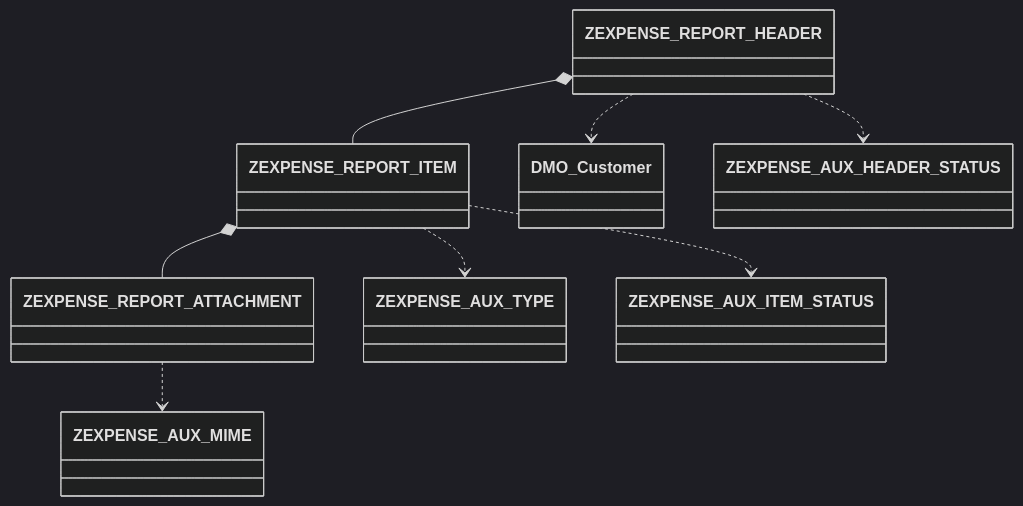
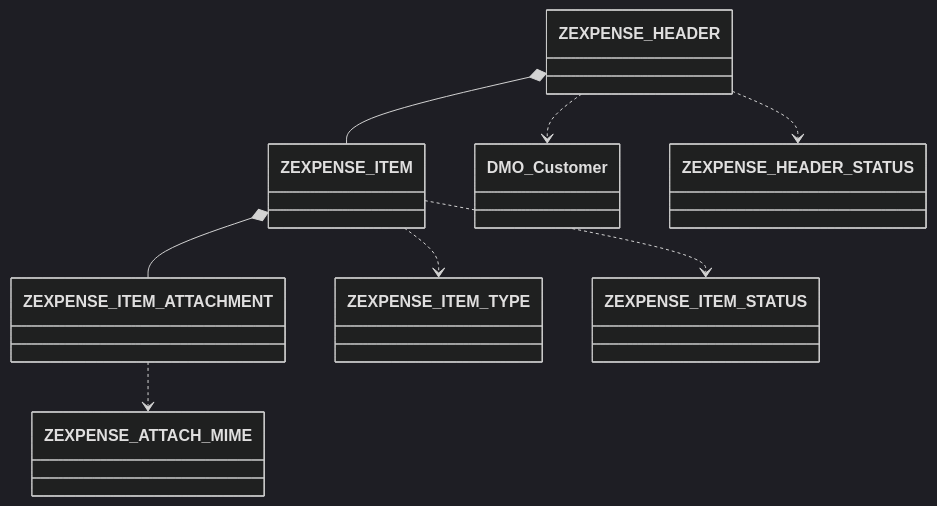
Before and after one commit to robergit88/RAP: the diagram in BTP ejercicios/14. EXPENSE APP/README.md, drawn with Mermaid (dark theme). The commit also changed other lines of this file, not shown here.

````diff
--- a/BTP ejercicios/14. EXPENSE APP/README.md
+++ b/BTP ejercicios/14. EXPENSE APP/README.md
@@ -31,11 +31,11 @@
 ```mermaid
 classDiagram
-    ZEXPENSE_REPORT_HEADER *-- ZEXPENSE_REPORT_ITEM
-    ZEXPENSE_REPORT_ITEM *-- ZEXPENSE_REPORT_ATTACHMENT
+    ZEXPENSE_HEADER *-- ZEXPENSE_ITEM
+    ZEXPENSE_ITEM *-- ZEXPENSE_ITEM_ATTACHMENT
 
-    ZEXPENSE_REPORT_HEADER ..> DMO_Customer
-    ZEXPENSE_REPORT_HEADER ..> ZEXPENSE_AUX_HEADER_STATUS
-    ZEXPENSE_REPORT_ITEM ..> ZEXPENSE_AUX_TYPE
-    ZEXPENSE_REPORT_ITEM ..> ZEXPENSE_AUX_ITEM_STATUS
-    ZEXPENSE_REPORT_ATTACHMENT ..> ZEXPENSE_AUX_MIME
+    ZEXPENSE_HEADER ..> DMO_Customer
+    ZEXPENSE_HEADER ..> ZEXPENSE_HEADER_STATUS
+    ZEXPENSE_ITEM ..> ZEXPENSE_ITEM_TYPE
+    ZEXPENSE_ITEM ..> ZEXPENSE_ITEM_STATUS
+    ZEXPENSE_ITEM_ATTACHMENT ..> ZEXPENSE_ATTACH_MIME
 ```
````
